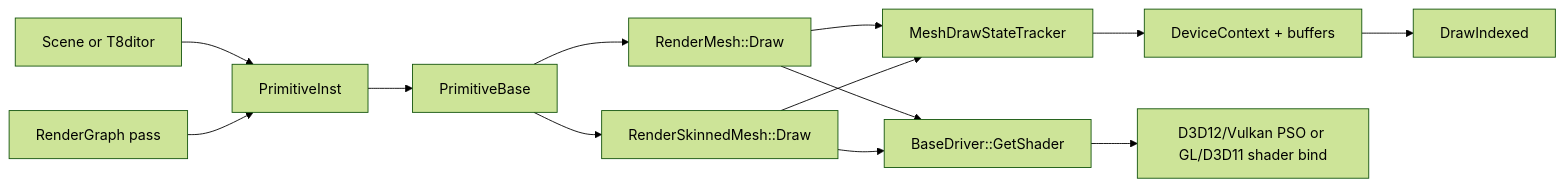
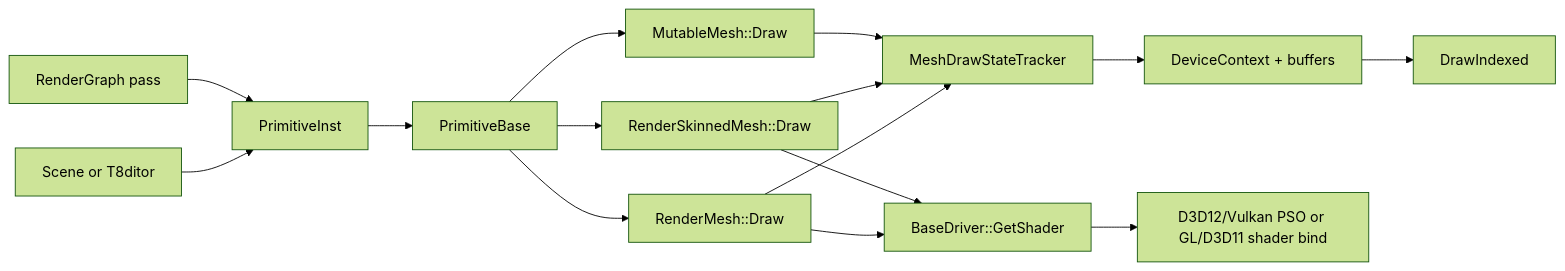
The first of 5 diagrams in documentation/rendering/geometry-rendering-flow.md (0Camus0/T850), drawn with Mermaid (forest theme) before and after one commit. The commit also changed other lines of this file and 167 other files, not shown here.

````diff
--- a/documentation/rendering/geometry-rendering-flow.md
+++ b/documentation/rendering/geometry-rendering-flow.md
@@ -22,15 +22,17 @@
 ```mermaid
 flowchart LR
   Scene["Scene or T8ditor"] --> Inst["PrimitiveInst"]
   RG["RenderGraph pass"] --> Inst
   Inst --> Base["PrimitiveBase"]
   Base --> Static["RenderMesh::Draw"]
   Base --> Skin["RenderSkinnedMesh::Draw"]
+  Base --> Mutable["MutableMesh::Draw"]
   Static --> Tracker["MeshDrawStateTracker"]
   Skin --> Tracker
+  Mutable --> Tracker
   Tracker --> API["DeviceContext + buffers"]
   Static --> Shader["BaseDriver::GetShader"]
   Skin --> Shader
   Shader --> PSO["D3D12/Vulkan PSO or GL/D3D11 shader bind"]
   API --> Draw["DrawIndexed"]
 ```
````
